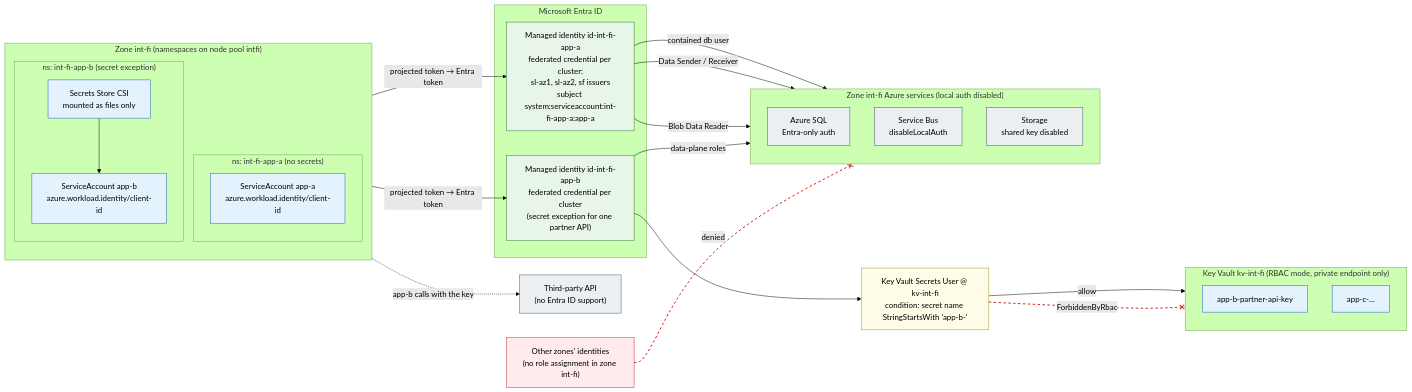
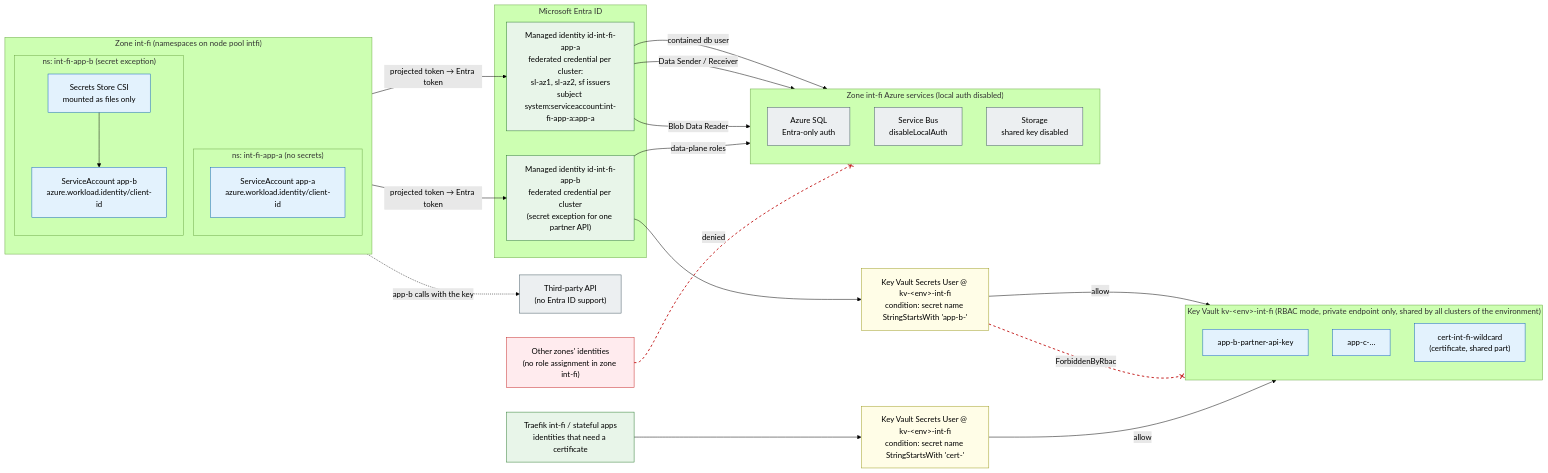
The diagram in diagrams/06-key-vault-abac.mmd (olljanat-ai/aks-design), drawn with Mermaid (forest theme) before and after one commit. The commit also changed 8 other files, not shown here.

First line of the commit message:
Use Azure Policy add-on for policies and distribute certificates through Key Vault

```diff
--- a/diagrams/06-key-vault-abac.mmd
+++ b/diagrams/06-key-vault-abac.mmd
@@ -1,59 +1,66 @@
 %% Workload identity first: applications authenticate to Azure services with Entra ID (no keys, local auth disabled).
 %% Key Vault holds secrets only for targets without Entra ID, separated per application with RBAC + ABAC conditions.
 flowchart LR
     subgraph ZONE["Zone int-fi (namespaces on node pool intfi)"]
         direction TB
         subgraph NSA["ns: int-fi-app-a (no secrets)"]
             saA["ServiceAccount app-a<br/>azure.workload.identity/client-id"]
         end
         subgraph NSB["ns: int-fi-app-b (secret exception)"]
             saB["ServiceAccount app-b<br/>azure.workload.identity/client-id"]
             csiB["Secrets Store CSI<br/>mounted as files only"]
         end
     end
 
     subgraph ENTRA["Microsoft Entra ID"]
         miA["Managed identity id-int-fi-app-a<br/>federated credential per cluster:<br/>sl-az1, sl-az2, sf issuers<br/>subject system:serviceaccount:int-fi-app-a:app-a"]
         miB["Managed identity id-int-fi-app-b<br/>federated credential per cluster<br/>(secret exception for one partner API)"]
     end
 
     subgraph PAAS["Zone int-fi Azure services (local auth disabled)"]
         direction TB
         sql["Azure SQL<br/>Entra-only auth"]
         sb["Service Bus<br/>disableLocalAuth"]
         st["Storage<br/>shared key disabled"]
     end
 
-    subgraph KV["Key Vault kv-int-fi (RBAC mode, private endpoint only)"]
+    subgraph KV["Key Vault kv-&lt;env&gt;-int-fi (RBAC mode, private endpoint only, shared by all clusters of the environment)"]
         direction TB
         sB1["app-b-partner-api-key"]
         sX["app-c-…"]
+        cert["cert-int-fi-wildcard<br/>(certificate, shared part)"]
     end
+
+    tr["Traefik int-fi / stateful apps<br/>identities that need a certificate"]
+    raC["Key Vault Secrets User @ kv-&lt;env&gt;-int-fi<br/>condition: secret name StringStartsWith 'cert-'"]
 
     ext["Third-party API<br/>(no Entra ID support)"]
 
-    raB["Key Vault Secrets User @ kv-int-fi<br/>condition: secret name StringStartsWith 'app-b-'"]
+    raB["Key Vault Secrets User @ kv-&lt;env&gt;-int-fi<br/>condition: secret name StringStartsWith 'app-b-'"]
 
     saA -->|"projected token → Entra token"| miA
     miA -->|"contained db user"| sql
     miA -->|"Data Sender / Receiver"| sb
     miA -->|"Blob Data Reader"| st
     csiB --> saB -->|"projected token → Entra token"| miB
     miB -->|"data-plane roles"| sql
     miB --> raB -->|"allow"| sB1
     raB -.-x|"ForbiddenByRbac"| sX
     csiB -.->|"app-b calls with the key"| ext
 
     other["Other zones' identities<br/>(no role assignment in zone int-fi)"] -.-x|"denied"| PAAS
+    tr --> raC -->|"allow"| cert
     linkStyle 9,11 stroke:#c62828,stroke-width:2px,stroke-dasharray:5 5
 
     classDef int fill:#e3f2fd,stroke:#1565c0,color:#000
     classDef id fill:#e8f5e9,stroke:#2e7d32,color:#000
     classDef note fill:#fffde7,stroke:#9e9d24,color:#000
     classDef paas fill:#eceff1,stroke:#455a64,color:#000
     classDef off fill:#ffebee,stroke:#c62828,color:#000
     class saA,saB,csiB,sB1,sX int
     class miA,miB id
-    class raB note
+    class raB,raC note
+    class cert int
+    class tr id
     class sql,sb,st,ext paas
     class other off
```
